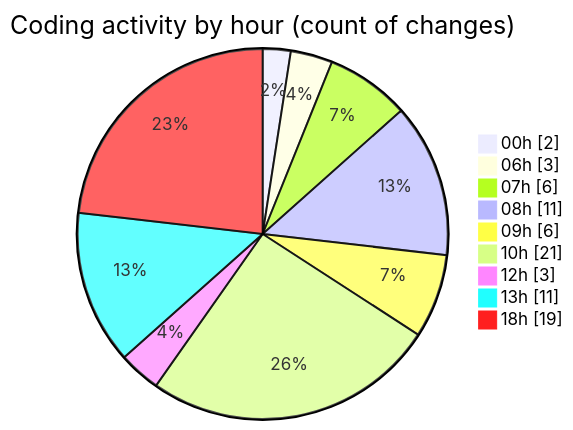
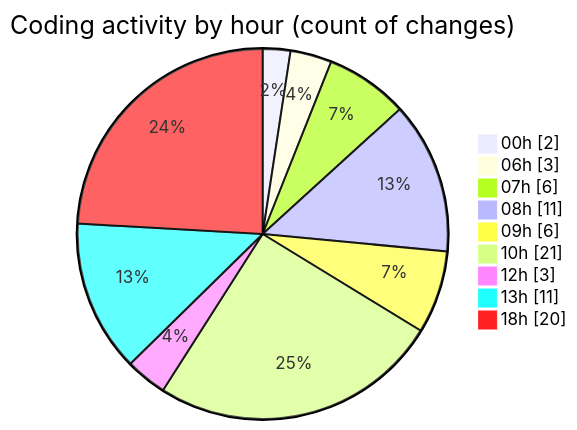
One commit to Elitesun/code-tracking changed the second of 2 diagrams in 2025-05-15/niten/README.md. Above: the diagram before and after it, drawn with Mermaid. The commit also changed other lines of this file and 1 other file, not shown here.

````diff
--- a/2025-05-15/niten/README.md
+++ b/2025-05-15/niten/README.md
@@ -57,13 +57,13 @@
 ```mermaid
 pie showData
 title Coding activity by hour (count of changes)
 "00h" : 2
 "06h" : 3
 "07h" : 6
 "08h" : 11
 "09h" : 6
 "10h" : 21
 "12h" : 3
 "13h" : 11
-"18h" : 19
+"18h" : 20
 ```
````
